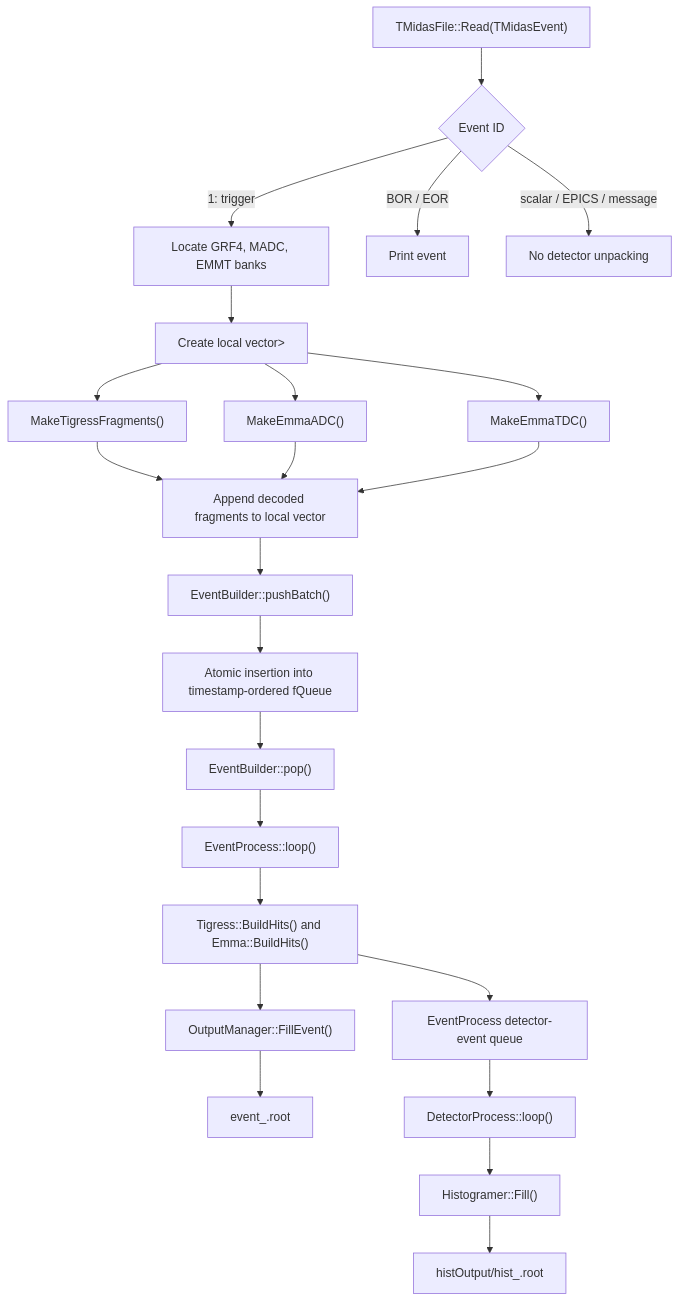
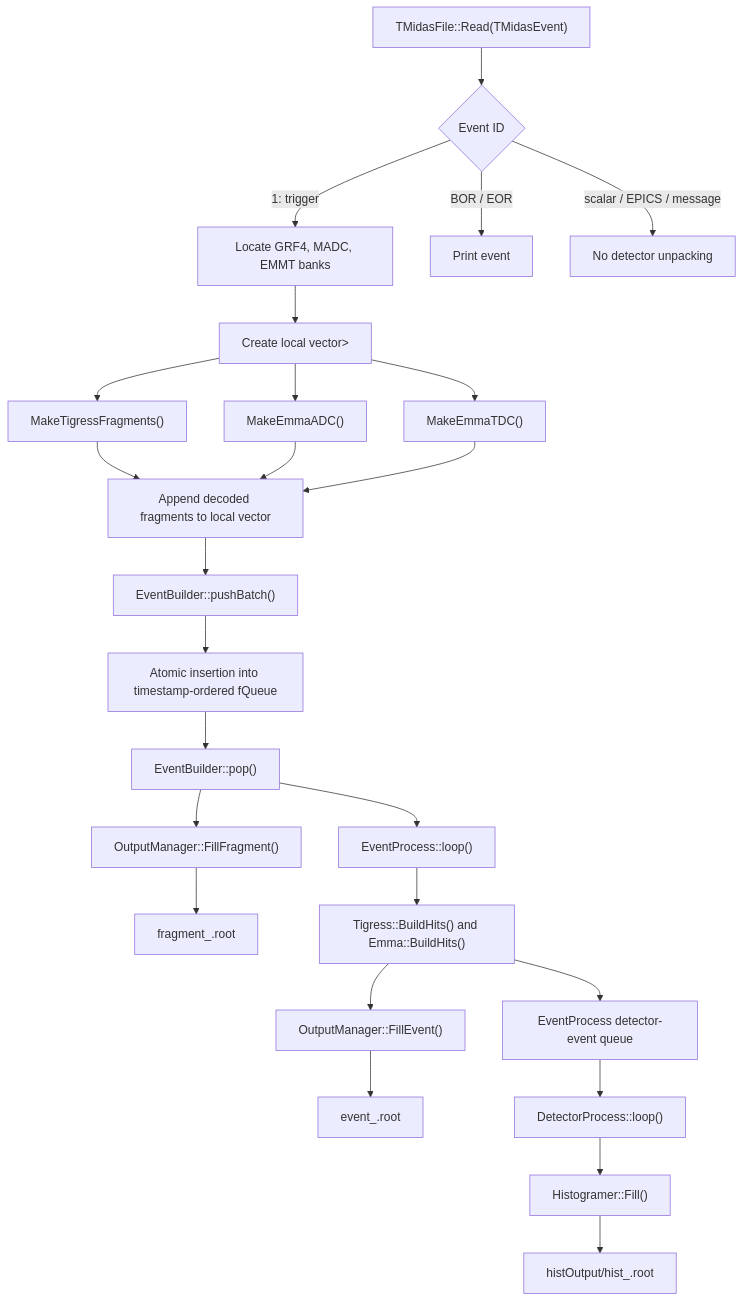
Before and after one commit to RHYME11/S2426Sort: the first of 2 diagrams in README.md, drawn with Mermaid. The commit also changed other lines of this file and 3 other files, not shown here.

````diff
--- a/README.md
+++ b/README.md
@@ -100,28 +106,30 @@
 ```mermaid
 flowchart TD
   A["TMidasFile::Read(TMidasEvent)"] --> B{"Event ID"}
   B -->|"1: trigger"| C["Locate GRF4, MADC, EMMT banks"]
   B -->|"BOR / EOR"| D["Print event"]
   B -->|"scalar / EPICS / message"| E["No detector unpacking"]
 
   C --> F["Create local vector<unique_ptr<Fragment>>"]
   F --> G["MakeTigressFragments()"]
   F --> H["MakeEmmaADC()"]
   F --> I["MakeEmmaTDC()"]
 
   G --> J["Append decoded fragments to local vector"]
   H --> J
   I --> J
 
   J --> K["EventBuilder::pushBatch()"]
   K --> L["Atomic insertion into timestamp-ordered fQueue"]
   L --> M["EventBuilder::pop()"]
+  M --> V["OutputManager::FillFragment()"]
+  V --> W["fragment<run>_<subrun>.root"]
   M --> N["EventProcess::loop()"]
   N --> O["Tigress::BuildHits() and Emma::BuildHits()"]
   O --> T["OutputManager::FillEvent()"]
   T --> U["event<run>_<subrun>.root"]
   O --> P["EventProcess detector-event queue"]
   P --> Q["DetectorProcess::loop()"]
   Q --> R["Histogramer::Fill()"]
   R --> S["histOutput/hist<run>_<subrun>.root"]
 ```
````
